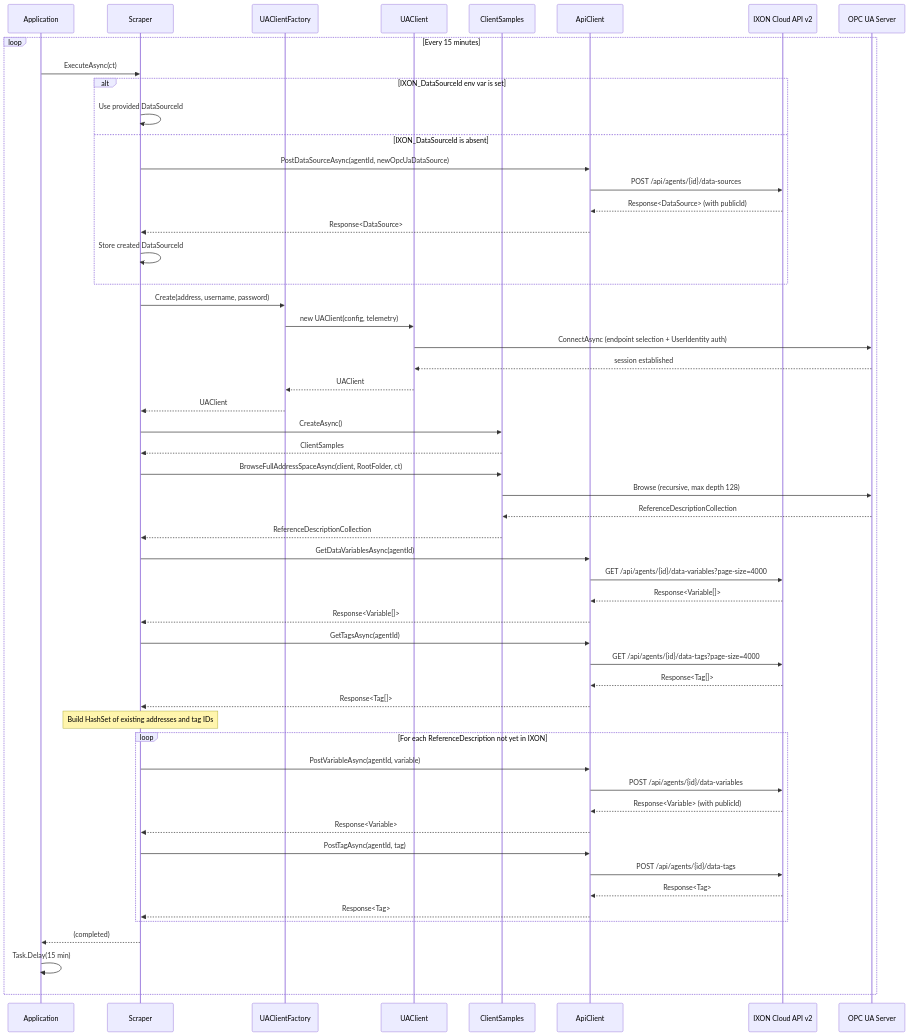
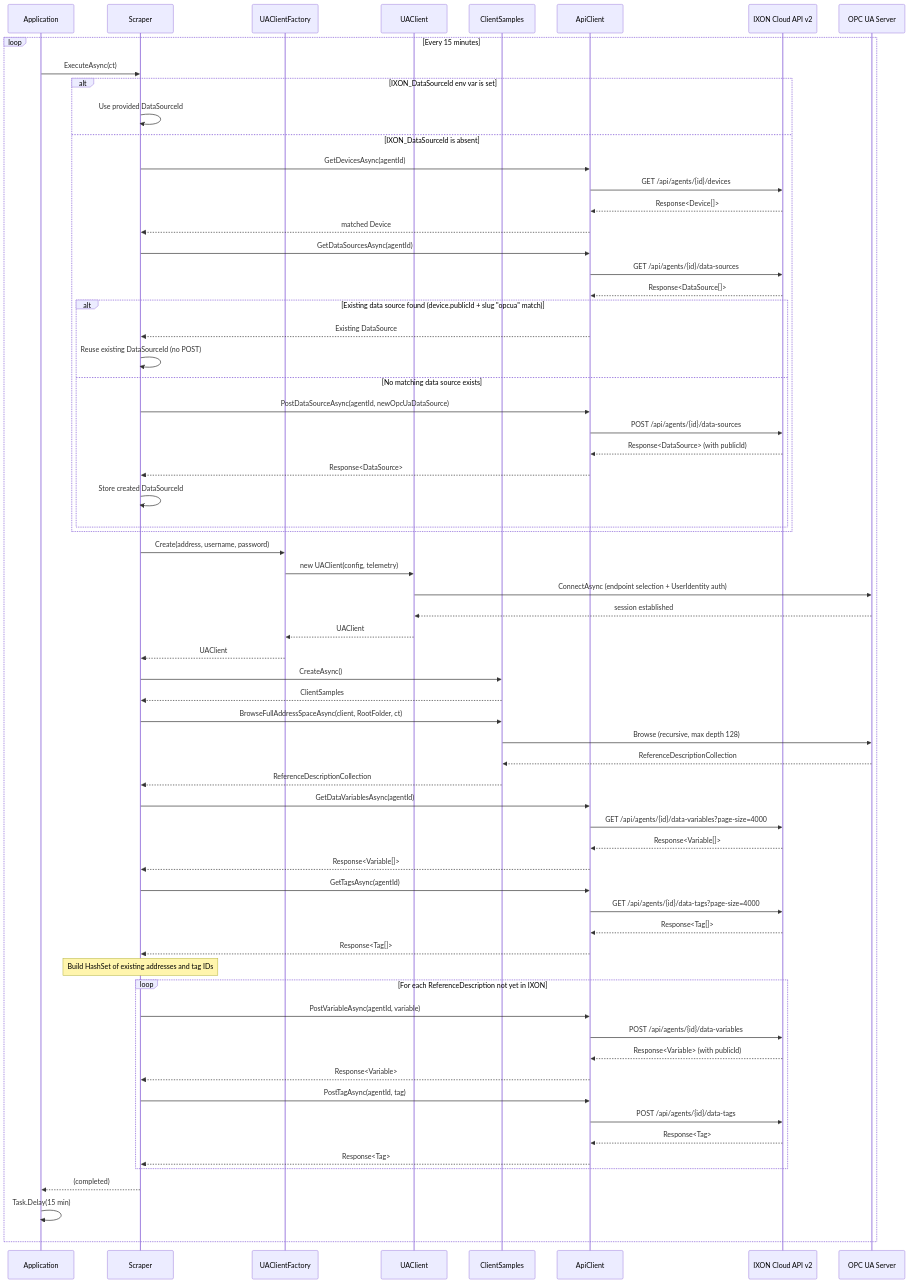
One commit to Rebel-it/rebel-ot-discover-edgeapp changed the first of 3 diagrams in docs/06_runtime_view.adoc. Above: the diagram before and after it, drawn with Mermaid. The commit also changed other lines of this file and 3 other files, not shown here.

Commit message:
Implement data source reuse logic in DataSourceResolver to prevent unnecessary POST requests

```diff
--- a/docs/06_runtime_view.adoc
+++ b/docs/06_runtime_view.adoc
@@ -10,68 +10,82 @@
 [mermaid]
 ....
 sequenceDiagram
     participant App as Application
     participant Sc as Scraper
     participant UF as UAClientFactory
     participant UA as UAClient
     participant CS as ClientSamples
     participant AC as ApiClient
     participant IXON as IXON Cloud API v2
     participant OPC as OPC UA Server
 
     loop Every 15 minutes
         App->>Sc: ExecuteAsync(ct)
 
         alt IXON_DataSourceId env var is set
             Sc->>Sc: Use provided DataSourceId
         else IXON_DataSourceId is absent
-            Sc->>AC: PostDataSourceAsync(agentId, newOpcUaDataSource)
-            AC->>IXON: POST /api/agents/{id}/data-sources
-            IXON-->>AC: Response<DataSource> (with publicId)
-            AC-->>Sc: Response<DataSource>
-            Sc->>Sc: Store created DataSourceId
+            Sc->>AC: GetDevicesAsync(agentId)
+            AC->>IXON: GET /api/agents/{id}/devices
+            IXON-->>AC: Response<Device[]>
+            AC-->>Sc: matched Device
+
+            Sc->>AC: GetDataSourcesAsync(agentId)
+            AC->>IXON: GET /api/agents/{id}/data-sources
+            IXON-->>AC: Response<DataSource[]>
+
+            alt Existing data source found (device.publicId + slug "opcua" match)
+                AC-->>Sc: Existing DataSource
+                Sc->>Sc: Reuse existing DataSourceId (no POST)
+            else No matching data source exists
+                Sc->>AC: PostDataSourceAsync(agentId, newOpcUaDataSource)
+                AC->>IXON: POST /api/agents/{id}/data-sources
+                IXON-->>AC: Response<DataSource> (with publicId)
+                AC-->>Sc: Response<DataSource>
+                Sc->>Sc: Store created DataSourceId
+            end
         end
 
         Sc->>UF: Create(address, username, password)
         UF->>UA: new UAClient(config, telemetry)
         UA->>OPC: ConnectAsync (endpoint selection + UserIdentity auth)
         OPC-->>UA: session established
         UA-->>UF: UAClient
         UF-->>Sc: UAClient
 
         Sc->>CS: CreateAsync()
         CS-->>Sc: ClientSamples
 
         Sc->>CS: BrowseFullAddressSpaceAsync(client, RootFolder, ct)
         CS->>OPC: Browse (recursive, max depth 128)
         OPC-->>CS: ReferenceDescriptionCollection
         CS-->>Sc: ReferenceDescriptionCollection
 
         Sc->>AC: GetDataVariablesAsync(agentId)
         AC->>IXON: GET /api/agents/{id}/data-variables?page-size=4000
         IXON-->>AC: Response<Variable[]>
         AC-->>Sc: Response<Variable[]>
 
         Sc->>AC: GetTagsAsync(agentId)
         AC->>IXON: GET /api/agents/{id}/data-tags?page-size=4000
         IXON-->>AC: Response<Tag[]>
         AC-->>Sc: Response<Tag[]>
 
         Note over Sc: Build HashSet of existing addresses and tag IDs
 
         loop For each ReferenceDescription not yet in IXON
             Sc->>AC: PostVariableAsync(agentId, variable)
             AC->>IXON: POST /api/agents/{id}/data-variables
             IXON-->>AC: Response<Variable> (with publicId)
             AC-->>Sc: Response<Variable>
 
             Sc->>AC: PostTagAsync(agentId, tag)
             AC->>IXON: POST /api/agents/{id}/data-tags
             IXON-->>AC: Response<Tag>
             AC-->>Sc: Response<Tag>
         end
 
         Sc-->>App: (completed)
         App->>App: Task.Delay(15 min)
     end
 ....
```
